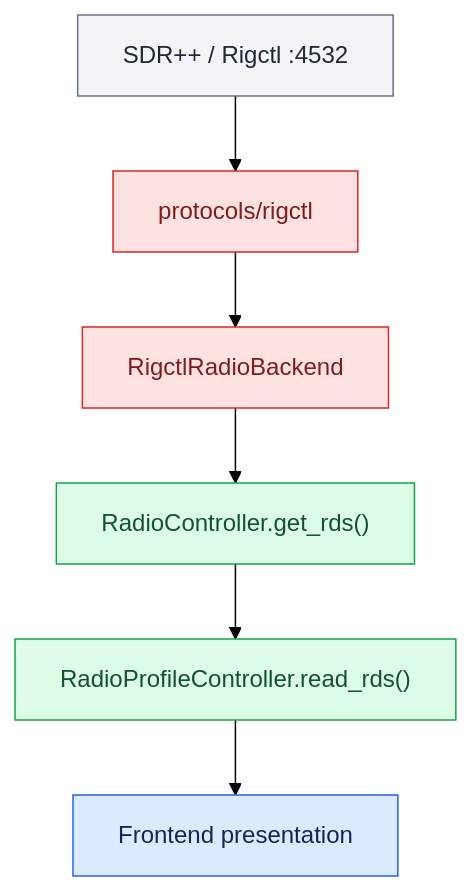
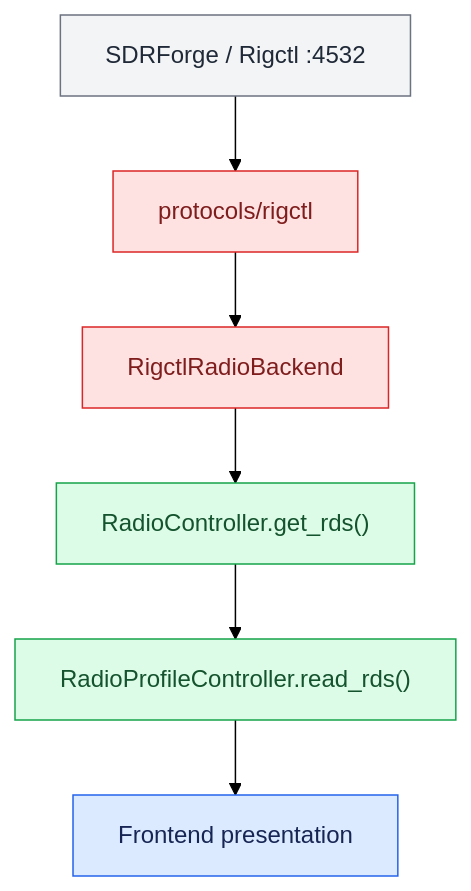
Before and after one commit to markisrt4/OpenRoadCode: the diagram in controllers/radio/README.md, drawn with Mermaid (forest theme). The commit also changed other lines of this file, not shown here.

Commit message:
docs(radio): align subsystem documentation with SDRForge

````diff
--- a/controllers/radio/README.md
+++ b/controllers/radio/README.md
@@ -65,16 +65,16 @@
 ```mermaid
 flowchart TD
-    sdr["SDR++ / Rigctl :4532"] --> protocol["protocols/rigctl"] --> backend["RigctlRadioBackend"]
+    sdr["SDRForge / Rigctl :4532"] --> protocol["protocols/rigctl"] --> backend["RigctlRadioBackend"]
     backend --> radio["RadioController.get_rds()"] --> profile["RadioProfileController.read_rds()"] --> frontend["Frontend presentation"]
 
     classDef orcApp fill:#dbeafe,stroke:#2563eb,color:#172554;
     classDef orcService fill:#ede9fe,stroke:#7c3aed,color:#2e1065;
     classDef orcController fill:#dcfce7,stroke:#16a34a,color:#14532d;
     classDef orcMessage fill:#ffedd5,stroke:#ea580c,color:#7c2d12;
     classDef orcAdapter fill:#fee2e2,stroke:#dc2626,color:#7f1d1d;
     classDef orcExternal fill:#f3f4f6,stroke:#6b7280,color:#1f2937;
     class sdr orcExternal;
     class protocol,backend orcAdapter;
     class radio,profile orcController;
     class frontend orcApp;
 ```
````
